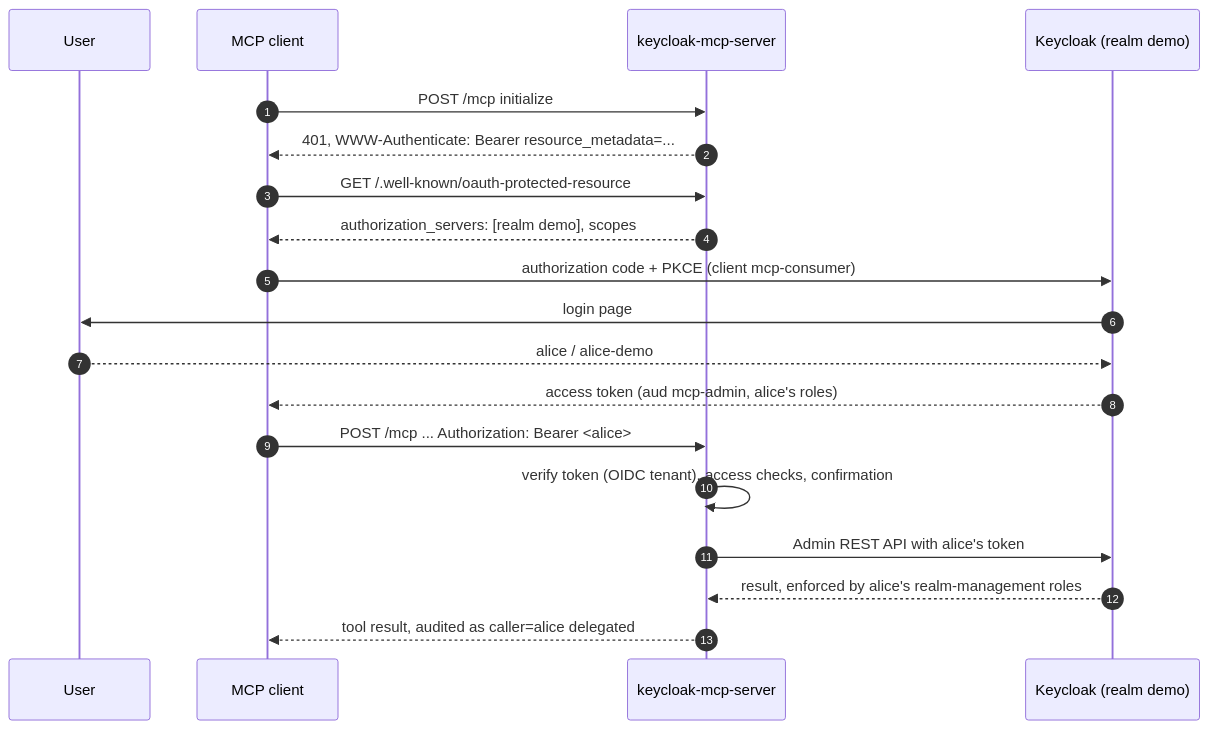
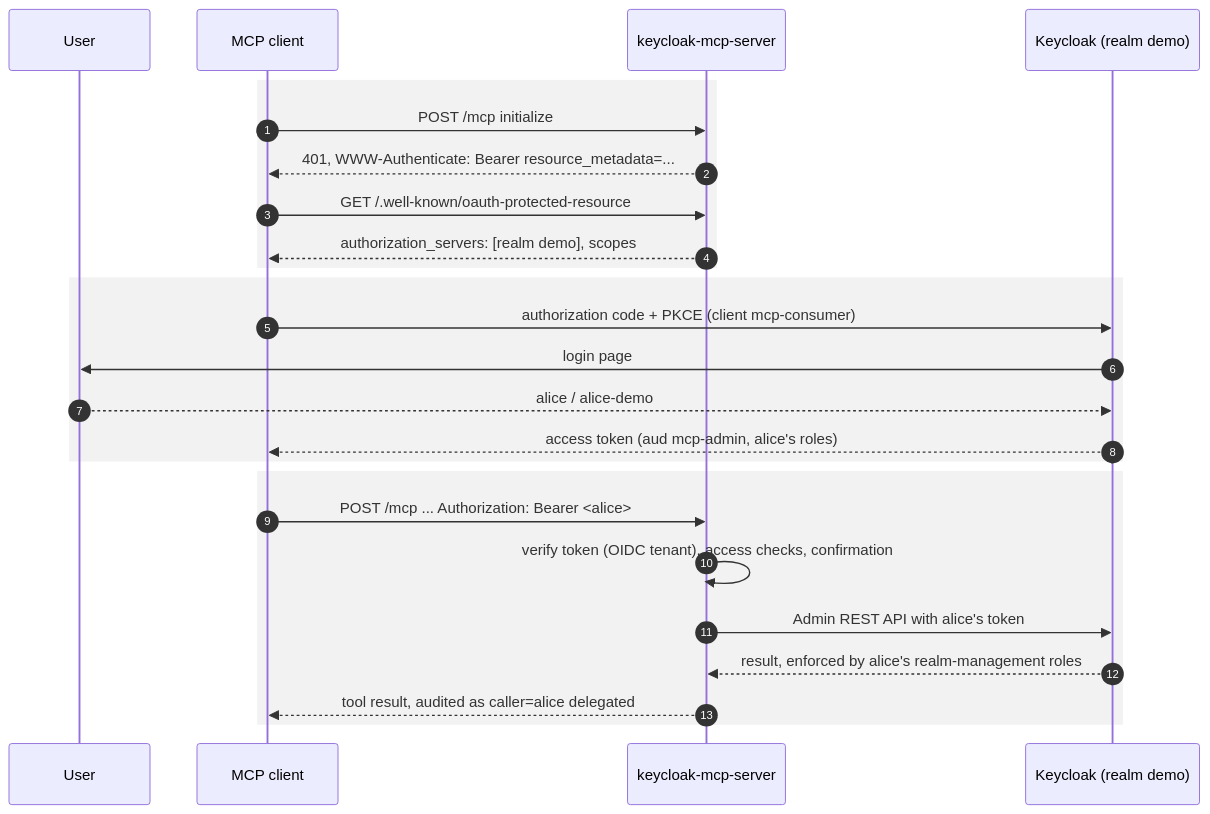
One commit to edewit/keycloak-mcp-server changed the second of 8 diagrams in docs/scenarios.md. Above: the diagram before and after it, drawn with Mermaid. The commit also changed other lines of this file, not shown here.

Commit message:
Give the scenario diagrams a consistent colour language that works in light and dark themes

````diff
--- a/docs/scenarios.md
+++ b/docs/scenarios.md
@@ -30,21 +42,27 @@
 ```mermaid
 sequenceDiagram
     autonumber
     participant U as User
     participant C as MCP client
     participant S as keycloak-mcp-server
     participant K as Keycloak (realm demo)
+    rect rgba(127,127,127,0.10)
     C->>S: POST /mcp initialize
     S-->>C: 401, WWW-Authenticate: Bearer resource_metadata=...
     C->>S: GET /.well-known/oauth-protected-resource
     S-->>C: authorization_servers: [realm demo], scopes
+    end
+    rect rgba(127,127,127,0.10)
     C->>K: authorization code + PKCE (client mcp-consumer)
     K->>U: login page
     U-->>K: alice / alice-demo
     K-->>C: access token (aud mcp-admin, alice's roles)
+    end
+    rect rgba(127,127,127,0.10)
     C->>S: POST /mcp ... Authorization: Bearer <alice>
     S->>S: verify token (OIDC tenant), access checks, confirmation
     S->>K: Admin REST API with alice's token
     K-->>S: result, enforced by alice's realm-management roles
     S-->>C: tool result, audited as caller=alice delegated
+    end
 ```
````
